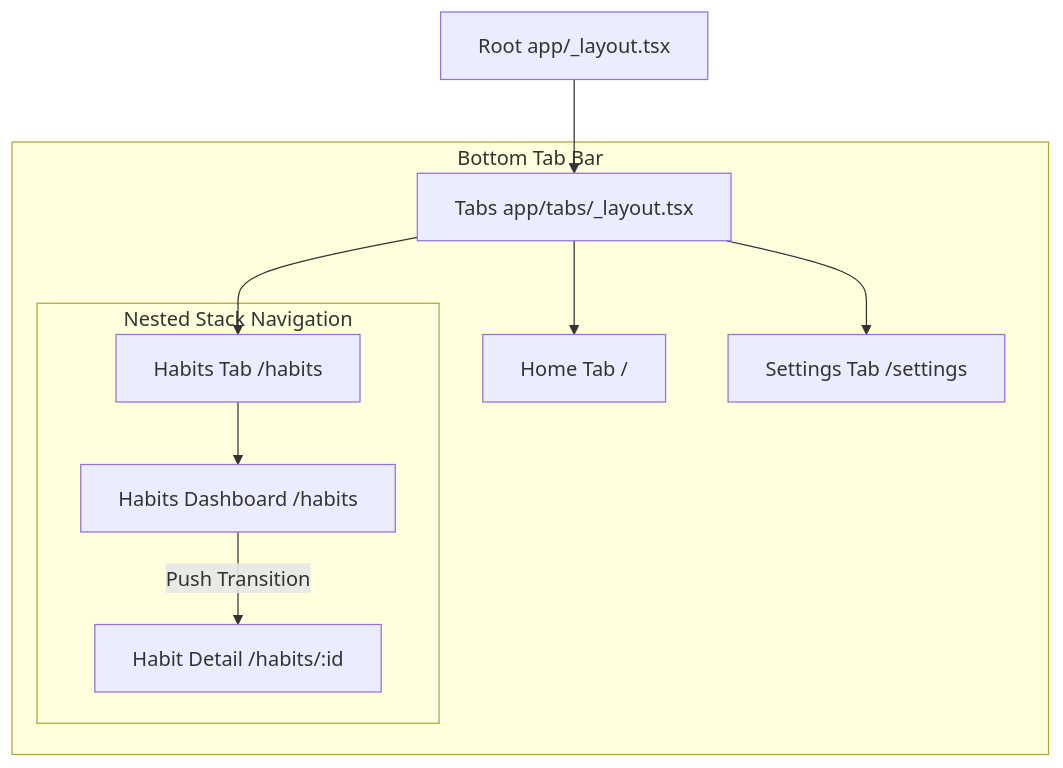
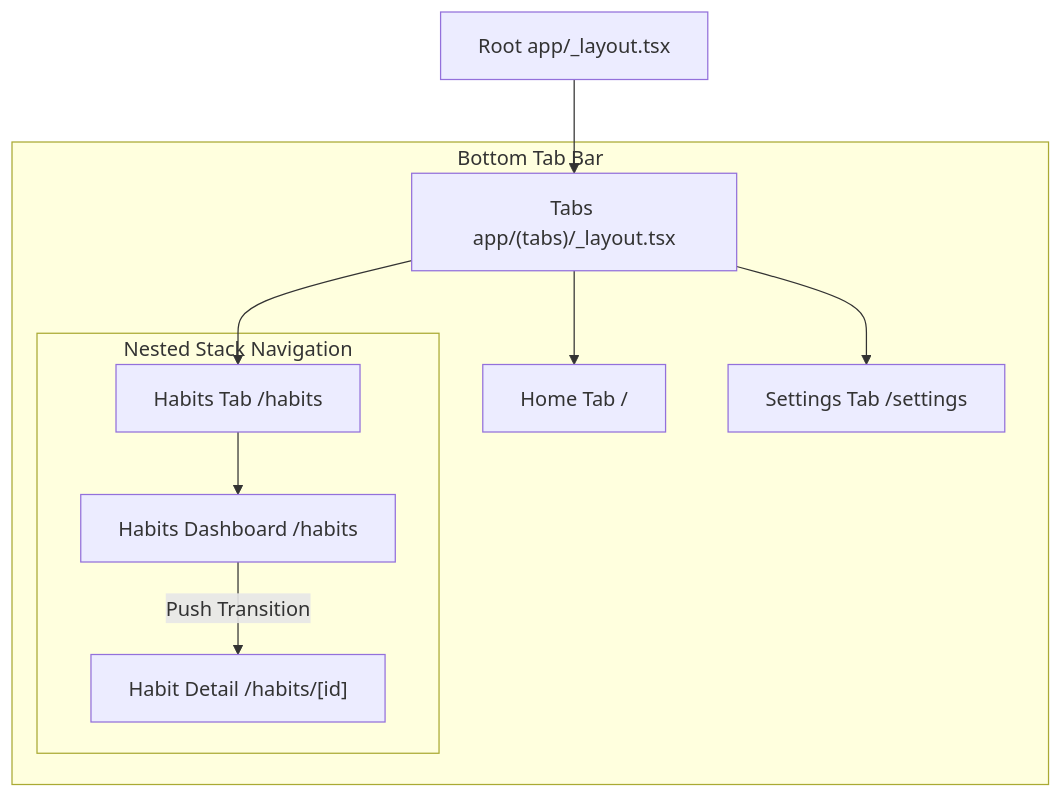
Before and after one commit to rekyb/brain: the diagram in 20-projects/learn-react-native/2.3 Dynamic Routing and Params.md, drawn with Mermaid. The commit also changed other lines of this file and 10 other files, not shown here.

````diff
--- a/20-projects/learn-react-native/2.3 Dynamic Routing and Params.md
+++ b/20-projects/learn-react-native/2.3 Dynamic Routing and Params.md
@@ -185,15 +185,15 @@
 ```mermaid
 graph TD
-    Root[Root app/_layout.tsx] --> TabsLayout[Tabs app/tabs/_layout.tsx]
+    Root[Root app/_layout.tsx] --> TabsLayout["Tabs app/(tabs)/_layout.tsx"]
     
     subgraph Tabs [Bottom Tab Bar]
         TabsLayout --> Home[Home Tab /]
         TabsLayout --> HabitsStack[Habits Tab /habits]
         TabsLayout --> Settings[Settings Tab /settings]
       
         subgraph Habits Nested Stack [Nested Stack Navigation]
             HabitsStack --> HabitsList[Habits Dashboard /habits]
-            HabitsList -->|Push Transition| HabitDetail[Habit Detail /habits/:id]
+            HabitsList -->|Push Transition| HabitDetail["Habit Detail /habits/[id]"]
         end
     end
 ```
````
